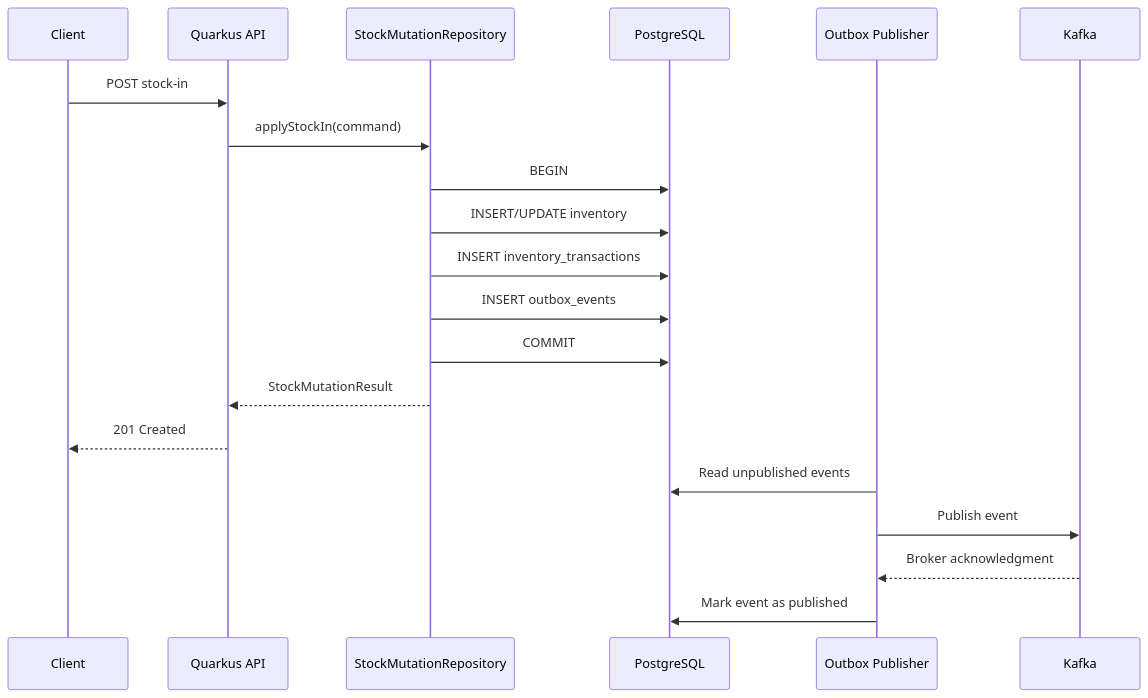
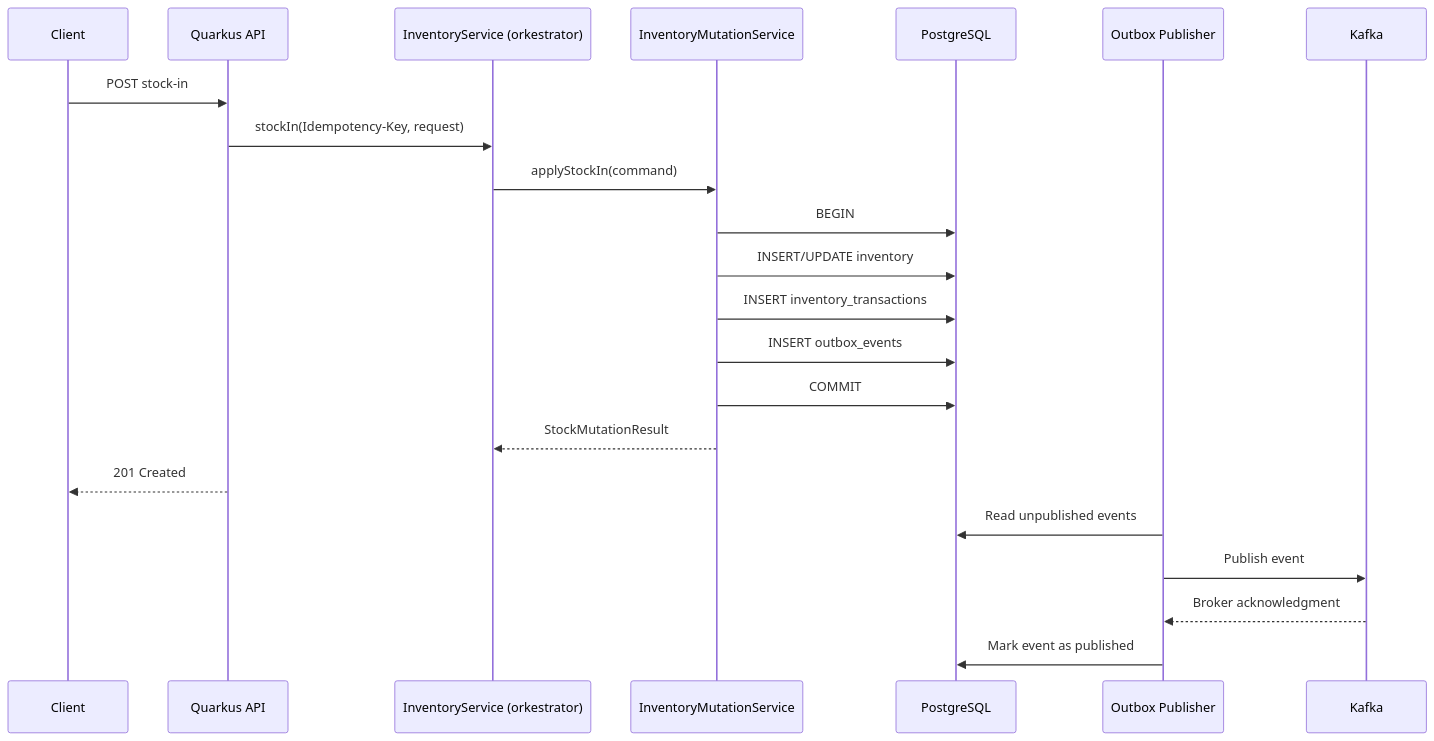
The third of 4 diagrams in docs/architecture-plan.md (nvafandi/StockFlow), drawn with Mermaid before and after one commit. The commit also changed other lines of this file and 122 other files, not shown here.

````diff
--- a/docs/architecture-plan.md
+++ b/docs/architecture-plan.md
@@ -441,23 +466,25 @@
 ```mermaid
 sequenceDiagram
     participant C as Client
     participant API as Quarkus API
-    participant R as StockMutationRepository
+    participant S as InventoryService (orkestrator)
+    participant M as InventoryMutationService
     participant DB as PostgreSQL
     participant OB as Outbox Publisher
     participant K as Kafka
 
     C->>API: POST stock-in
-    API->>R: applyStockIn(command)
-    R->>DB: BEGIN
-    R->>DB: INSERT/UPDATE inventory
-    R->>DB: INSERT inventory_transactions
-    R->>DB: INSERT outbox_events
-    R->>DB: COMMIT
-    R-->>API: StockMutationResult
+    API->>S: stockIn(Idempotency-Key, request)
+    S->>M: applyStockIn(command)
+    M->>DB: BEGIN
+    M->>DB: INSERT/UPDATE inventory
+    M->>DB: INSERT inventory_transactions
+    M->>DB: INSERT outbox_events
+    M->>DB: COMMIT
+    M-->>S: StockMutationResult
     API-->>C: 201 Created
     OB->>DB: Read unpublished events
     OB->>K: Publish event
     K-->>OB: Broker acknowledgment
     OB->>DB: Mark event as published
 ```
````
